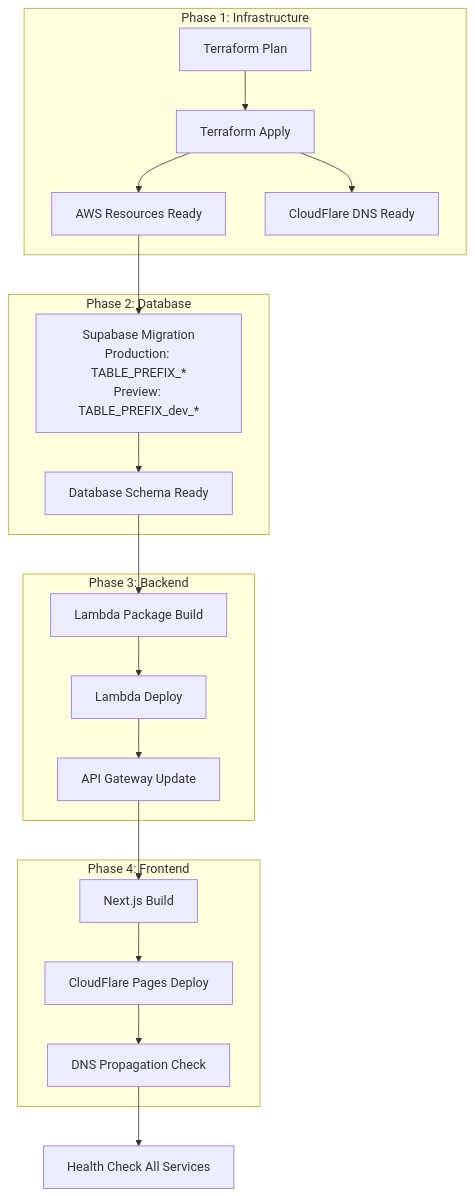
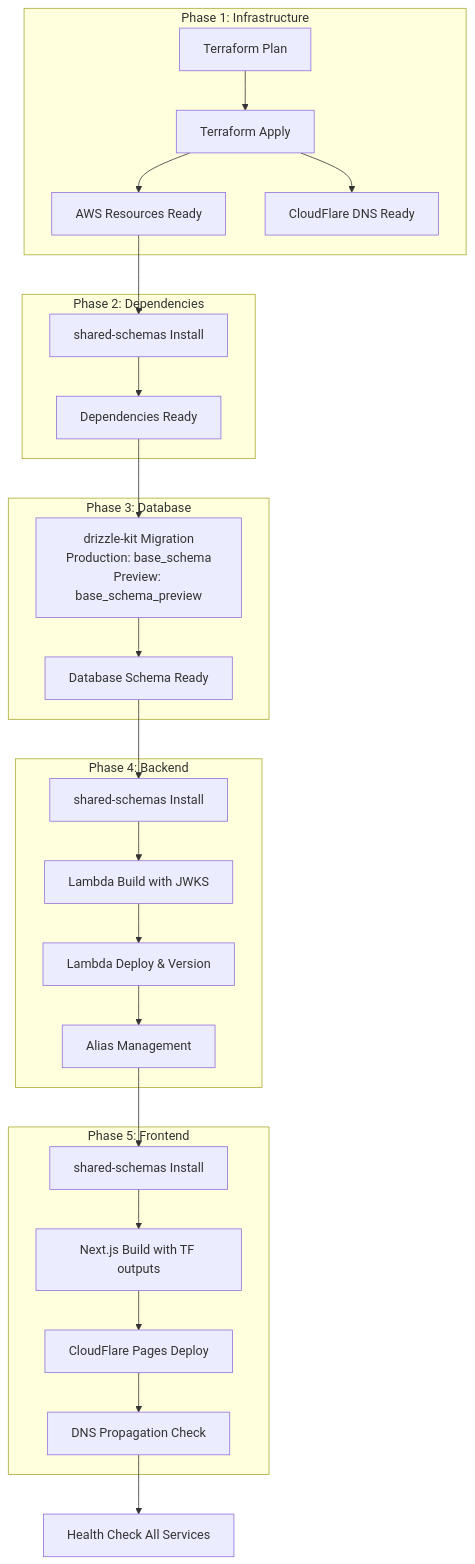
One commit to rimanem18/hoxt-backlog changed the fourth of 9 diagrams in docs/design/continuous-deployment/dataflow.md. Above: the diagram before and after it, drawn with Mermaid. The commit also changed other lines of this file and 6 other files, not shown here.

````diff
--- a/docs/design/continuous-deployment/dataflow.md
+++ b/docs/design/continuous-deployment/dataflow.md
@@ -69,27 +75,34 @@
 ```mermaid
 graph TD
     subgraph "Phase 1: Infrastructure"
         A[Terraform Plan] --> B[Terraform Apply]
         B --> C[AWS Resources Ready]
         B --> D[CloudFlare DNS Ready]
     end
     
-    subgraph "Phase 2: Database"
-        C --> E[Supabase Migration<br/>Production: TABLE_PREFIX_*<br/>Preview: TABLE_PREFIX_dev_*]
-        E --> F[Database Schema Ready]
+    subgraph "Phase 2: Dependencies"
+        C --> E[shared-schemas Install]
+        E --> F[Dependencies Ready]
     end
     
-    subgraph "Phase 3: Backend"
-        F --> G[Lambda Package Build]
-        G --> H[Lambda Deploy]
-        H --> I[API Gateway Update]
+    subgraph "Phase 3: Database"
+        F --> G[drizzle-kit Migration<br/>Production: base_schema<br/>Preview: base_schema_preview]
+        G --> H[Database Schema Ready]
     end
     
-    subgraph "Phase 4: Frontend"
-        I --> J[Next.js Build]
-        J --> K[CloudFlare Pages Deploy]
-        K --> L[DNS Propagation Check]
+    subgraph "Phase 4: Backend"
+        H --> I[shared-schemas Install]
+        I --> J[Lambda Build with JWKS]
+        J --> K[Lambda Deploy & Version]
+        K --> L[Alias Management]
     end
     
-    L --> M[Health Check All Services]
+    subgraph "Phase 5: Frontend"
+        L --> M[shared-schemas Install]
+        M --> N[Next.js Build with TF outputs]
+        N --> O[CloudFlare Pages Deploy]
+        O --> P[DNS Propagation Check]
+    end
+    
+    P --> Q[Health Check All Services]
 ```
````
